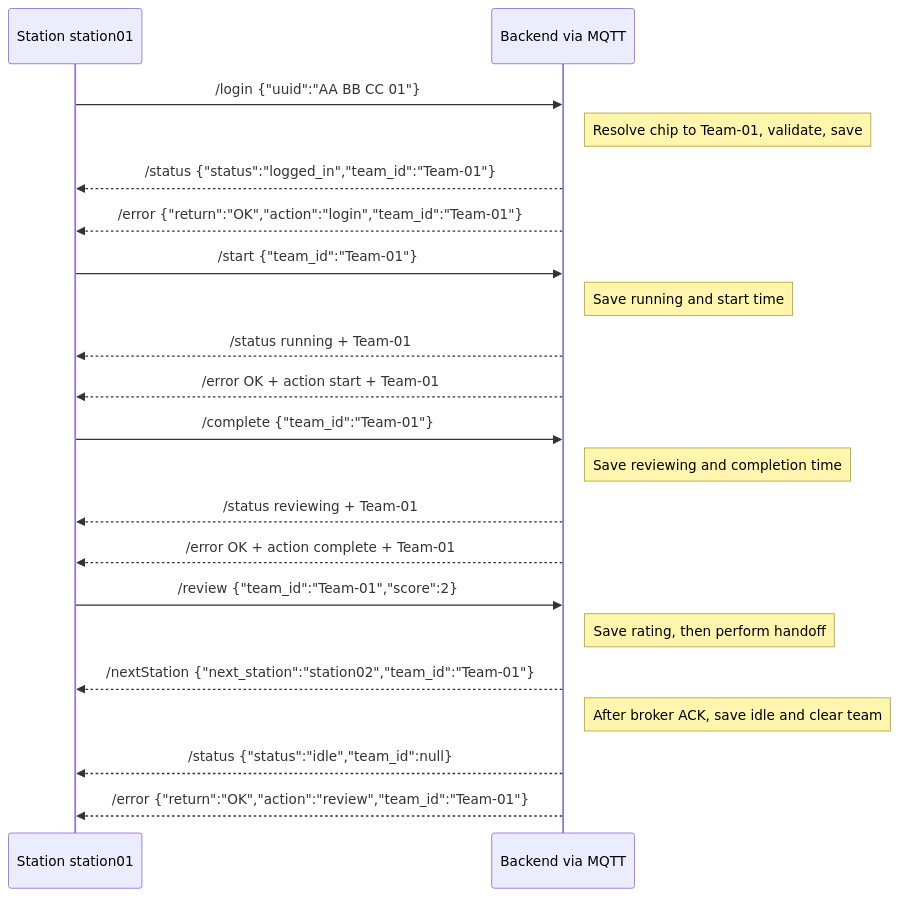
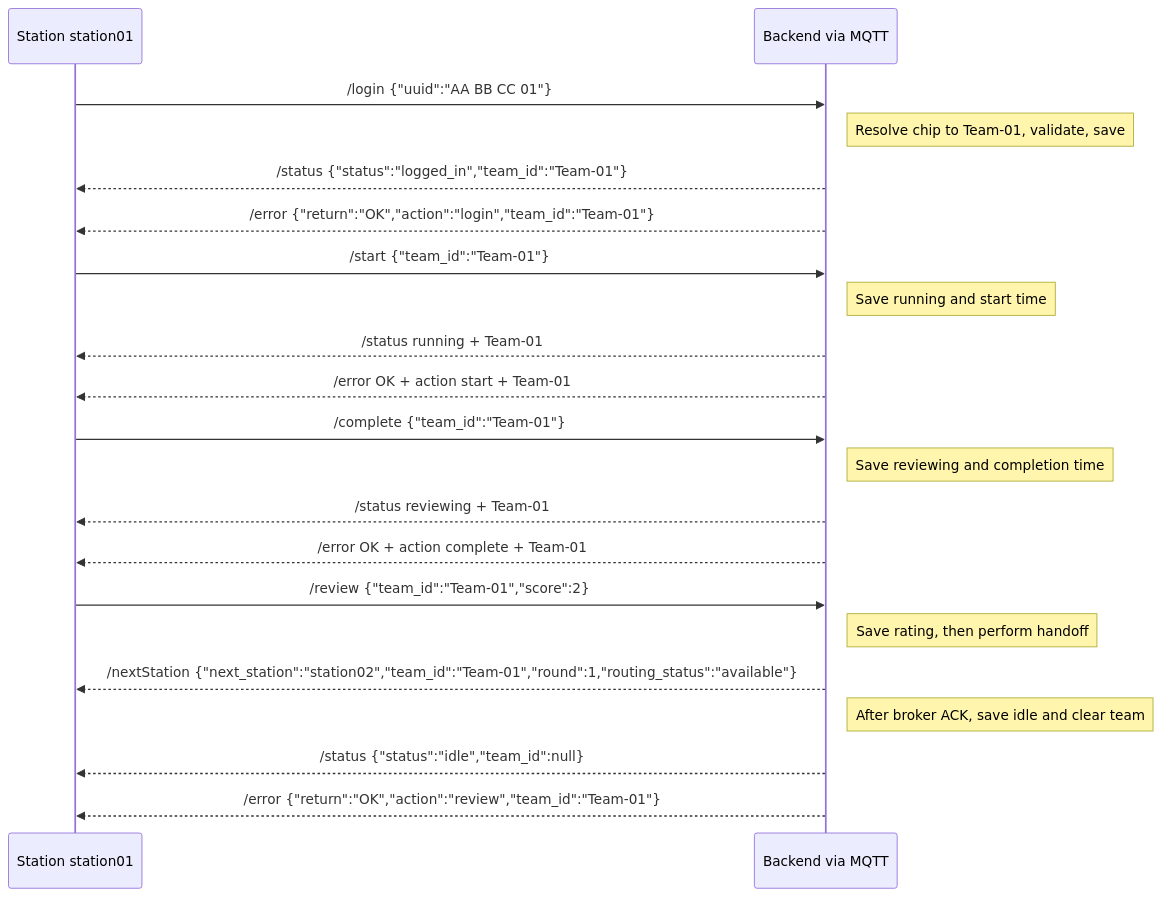
Before and after one commit to GnomUltras/backend: the second of 5 diagrams in README.md, drawn with Mermaid. The commit also changed other lines of this file and 5 other files, not shown here.

````diff
--- a/README.md
+++ b/README.md
@@ -107,23 +107,23 @@
 ```mermaid
 sequenceDiagram
     participant S as Station station01
     participant B as Backend via MQTT
     S->>B: /login {"uuid":"AA BB CC 01"}
     Note right of B: Resolve chip to Team-01, validate, save
     B-->>S: /status {"status":"logged_in","team_id":"Team-01"}
     B-->>S: /error {"return":"OK","action":"login","team_id":"Team-01"}
     S->>B: /start {"team_id":"Team-01"}
     Note right of B: Save running and start time
     B-->>S: /status running + Team-01
     B-->>S: /error OK + action start + Team-01
     S->>B: /complete {"team_id":"Team-01"}
     Note right of B: Save reviewing and completion time
     B-->>S: /status reviewing + Team-01
     B-->>S: /error OK + action complete + Team-01
     S->>B: /review {"team_id":"Team-01","score":2}
     Note right of B: Save rating, then perform handoff
-    B-->>S: /nextStation {"next_station":"station02","team_id":"Team-01"}
+    B-->>S: /nextStation {"next_station":"station02","team_id":"Team-01","round":1,"routing_status":"available"}
     Note right of B: After broker ACK, save idle and clear team
     B-->>S: /status {"status":"idle","team_id":null}
     B-->>S: /error {"return":"OK","action":"review","team_id":"Team-01"}
 ```
````
